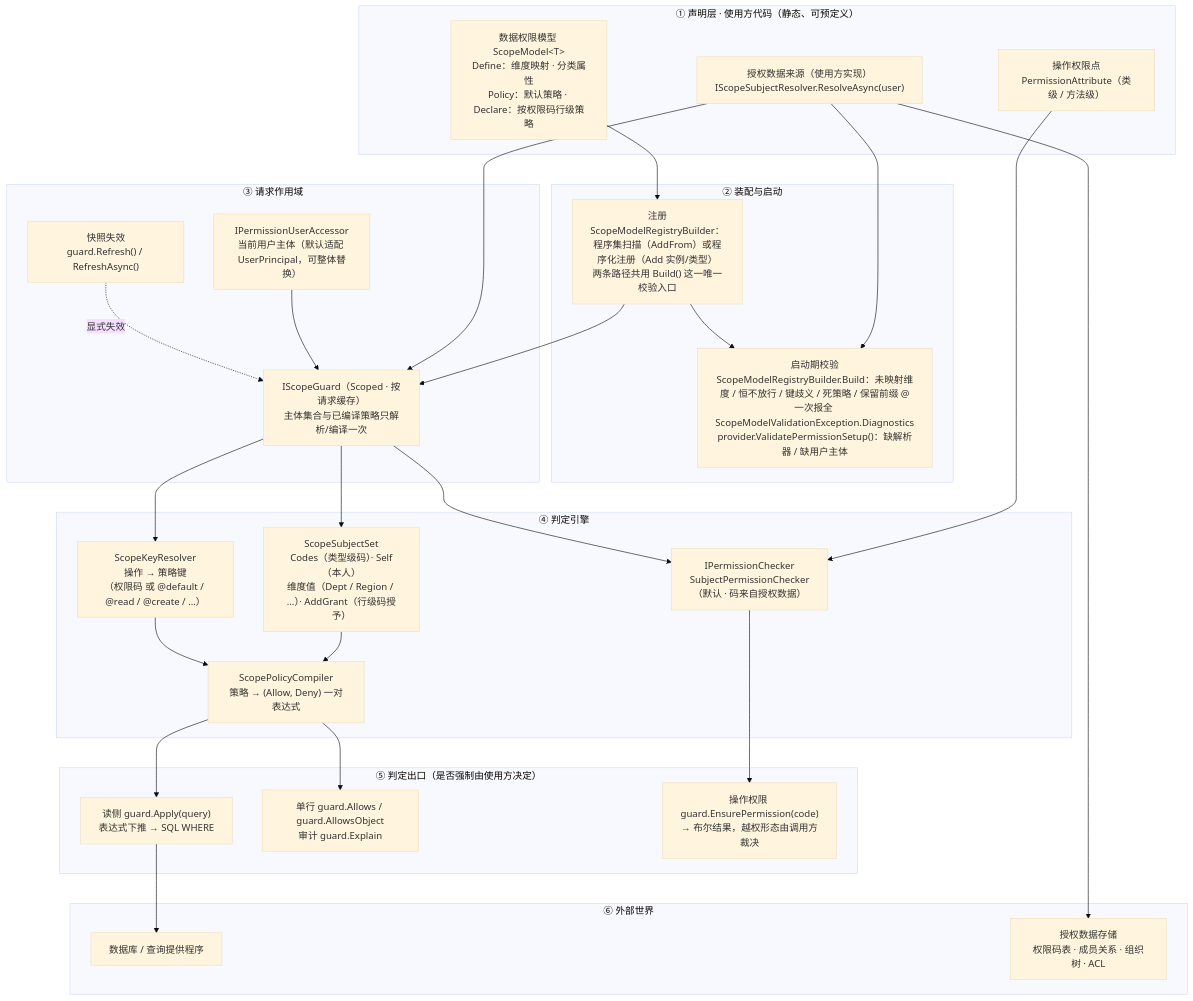
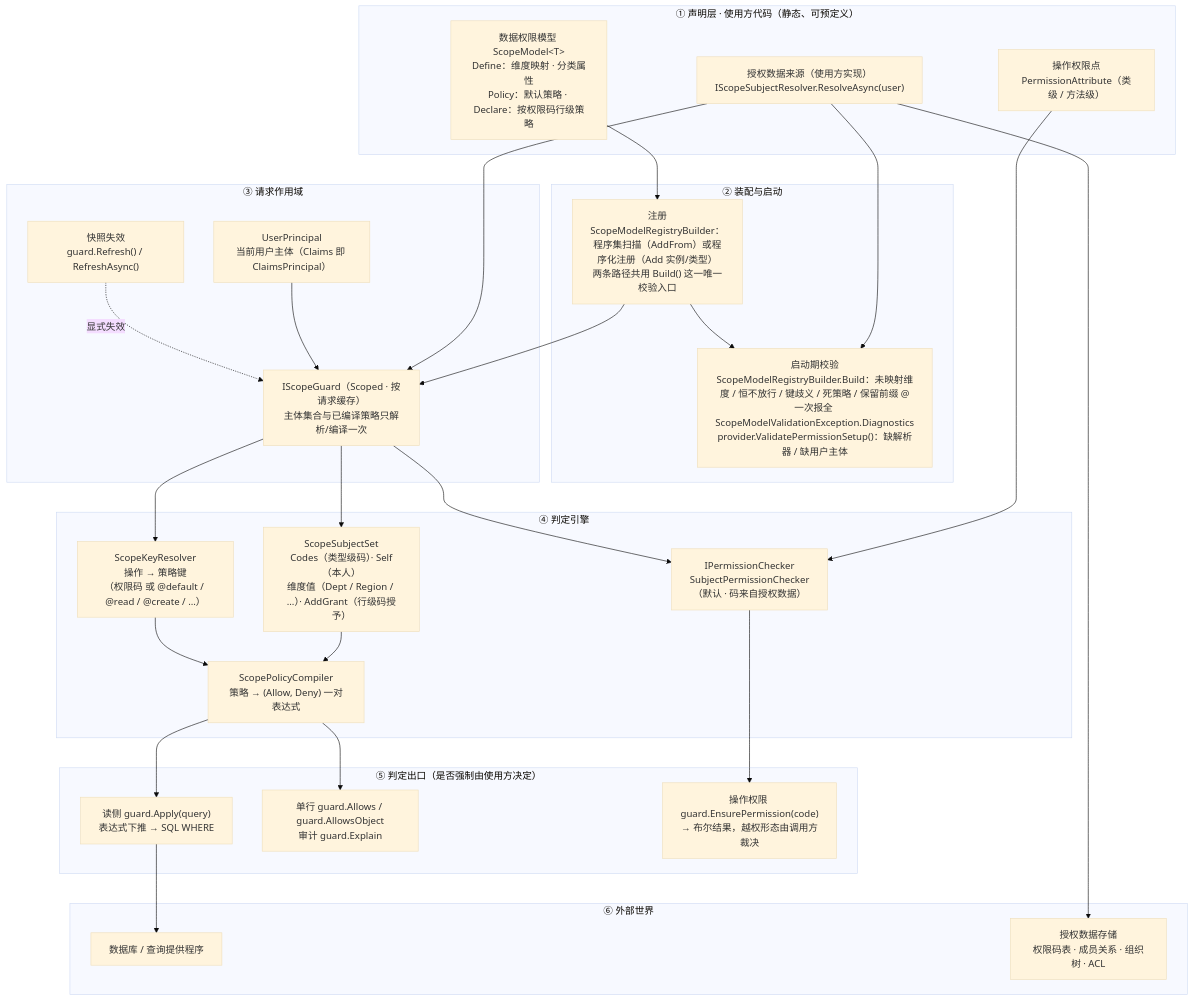
The diagram in Source/Euonia.Security/DESIGN.md (euonia-project/euonia-dotnet), drawn with Mermaid (base theme) before and after one commit. The commit also changed other lines of this file and 4 other files, not shown here.

Commit message:
refactor: 将 IPermissionUserAccessor 替换为 ClaimsPrincipal

````diff
--- a/Source/Euonia.Security/DESIGN.md
+++ b/Source/Euonia.Security/DESIGN.md
@@ -50,57 +49,57 @@
 ```mermaid
 graph TD
     subgraph A["① 声明层 · 使用方代码（静态、可预定义）"]
         A1["操作权限点<br/>PermissionAttribute（类级 / 方法级）"]
         A2["数据权限模型 ScopeModel&lt;T&gt;<br/>Define：维度映射 · 分类属性<br/>Policy：默认策略 · Declare：按权限码行级策略"]
         A3["授权数据来源（使用方实现）<br/>IScopeSubjectResolver.ResolveAsync(user)"]
     end
 
     subgraph B["② 装配与启动"]
         B1["注册<br/>ScopeModelRegistryBuilder：程序集扫描（AddFrom）或程序化注册（Add 实例/类型）<br/>两条路径共用 Build() 这一唯一校验入口"]
         B2["启动期校验<br/>ScopeModelRegistryBuilder.Build：未映射维度 / 恒不放行 / 键歧义 / 死策略 / 保留前缀 @<br/>一次报全 ScopeModelValidationException.Diagnostics<br/>provider.ValidatePermissionSetup()：缺解析器 / 缺用户主体"]
     end
 
     subgraph C["③ 请求作用域"]
-        C1["IPermissionUserAccessor<br/>当前用户主体（默认适配 UserPrincipal，可整体替换）"]
+        C1["UserPrincipal<br/>当前用户主体（Claims 即 ClaimsPrincipal）"]
         C2["IScopeGuard（Scoped · 按请求缓存）<br/>主体集合与已编译策略只解析/编译一次"]
         C3["快照失效<br/>guard.Refresh() / RefreshAsync()"]
     end
 
     subgraph D["④ 判定引擎"]
         D1["ScopeSubjectSet<br/>Codes（类型级码）· Self（本人）<br/>维度值（Dept / Region / …）· AddGrant（行级码授予）"]
         D2["ScopeKeyResolver<br/>操作 → 策略键<br/>（权限码 或 @default / @read / @create / …）"]
         D3["ScopePolicyCompiler<br/>策略 → (Allow, Deny) 一对表达式"]
         D4["IPermissionChecker<br/>SubjectPermissionChecker（默认 · 码来自授权数据）"]
     end
 
     subgraph E["⑤ 判定出口（是否强制由使用方决定）"]
         E1["读侧 guard.Apply(query)<br/>表达式下推 → SQL WHERE"]
         E2["单行 guard.Allows / guard.AllowsObject<br/>审计 guard.Explain"]
         E3["操作权限 guard.EnsurePermission(code)<br/>→ 布尔结果，越权形态由调用方裁决"]
     end
 
     subgraph F["⑥ 外部世界"]
         F1["数据库 / 查询提供程序"]
         F2["授权数据存储<br/>权限码表 · 成员关系 · 组织树 · ACL"]
     end
 
     A1 --> D4
     A2 --> B1
     A3 --> B2
     A3 --> C2
     A3 --> F2
 
     B1 --> B2
     B1 --> C2
     C1 --> C2
     C2 --> D1
     C2 --> D2
     C2 --> D4
     D1 --> D3
     D2 --> D3
     D3 --> E1
     D3 --> E2
     D4 --> E3
     E1 --> F1
     C3 -. 显式失效 .-> C2
 ```
````
